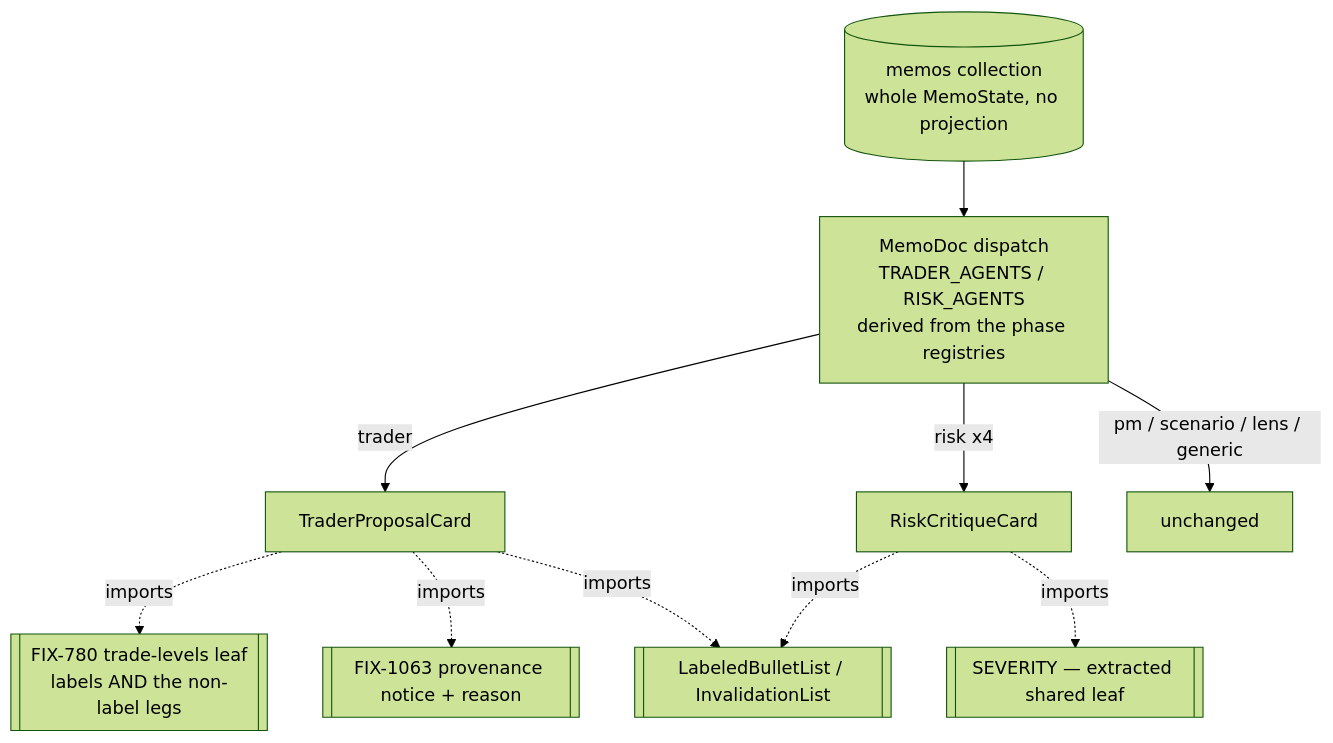
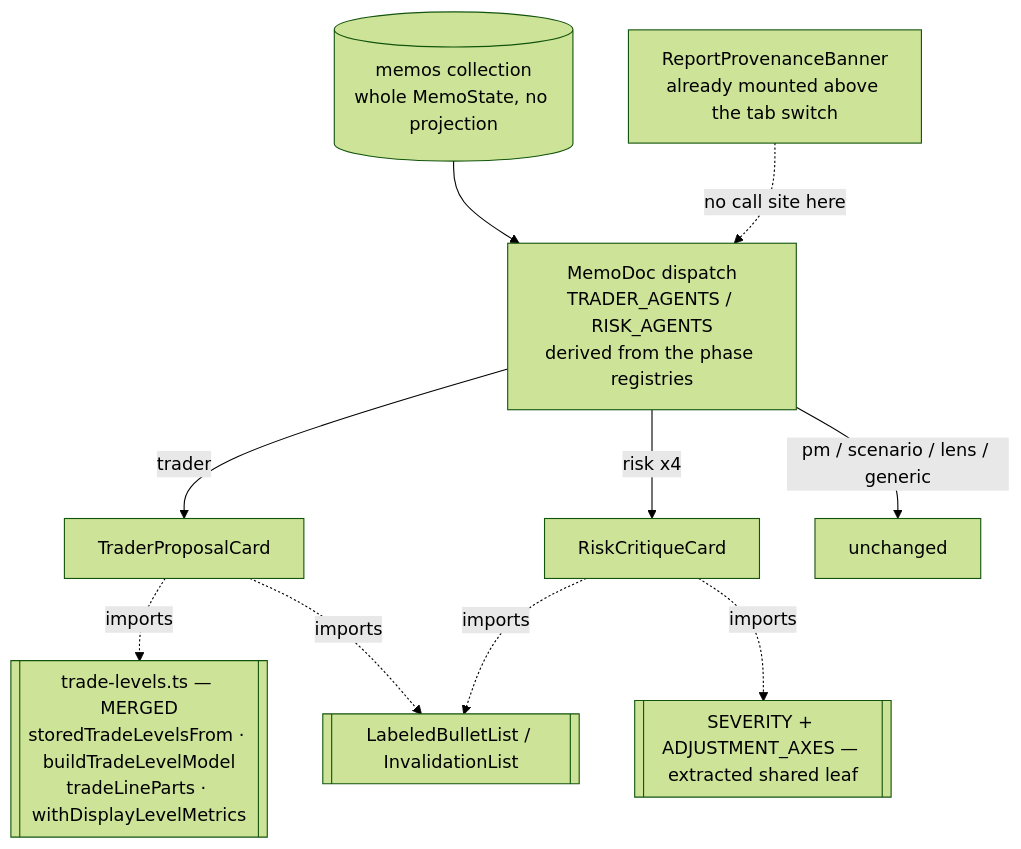
The diagram in spec/FIX-1061.md (fixpoint-labs/flow-state-dev), drawn with Mermaid (forest theme) before and after one commit. The commit also changed other lines of this file, not shown here.

First line of the commit message:
spec(FIX-1061): fold round 4 — re-verify against merged FIX-780 and FIX-1063

````diff
--- a/spec/FIX-1061.md
+++ b/spec/FIX-1061.md
@@ -285,12 +333,12 @@
 ```mermaid
 flowchart TD
   R[(memos collection<br/>whole MemoState, no projection)] --> D[MemoDoc dispatch<br/>TRADER_AGENTS / RISK_AGENTS<br/>derived from the phase registries]
   D -->|trader| T[TraderProposalCard]
   D -->|risk x4| K[RiskCritiqueCard]
   D -->|pm / scenario / lens / generic| X[unchanged]
-  T -.imports.-> L[[FIX-780 trade-levels leaf<br/>labels AND the non-label legs]]
-  T -.imports.-> M[[FIX-1063 provenance notice + reason]]
+  T -.imports.-> L[[trade-levels.ts — MERGED<br/>storedTradeLevelsFrom · buildTradeLevelModel<br/>tradeLineParts · withDisplayLevelMetrics]]
   T -.imports.-> B[[LabeledBulletList / InvalidationList]]
   K -.imports.-> B
-  K -.imports.-> S[[SEVERITY — extracted shared leaf]]
+  K -.imports.-> S[[SEVERITY + ADJUSTMENT_AXES — extracted shared leaf]]
+  P[ReportProvenanceBanner<br/>already mounted above the tab switch] -.no call site here.-> D
 ```
````
